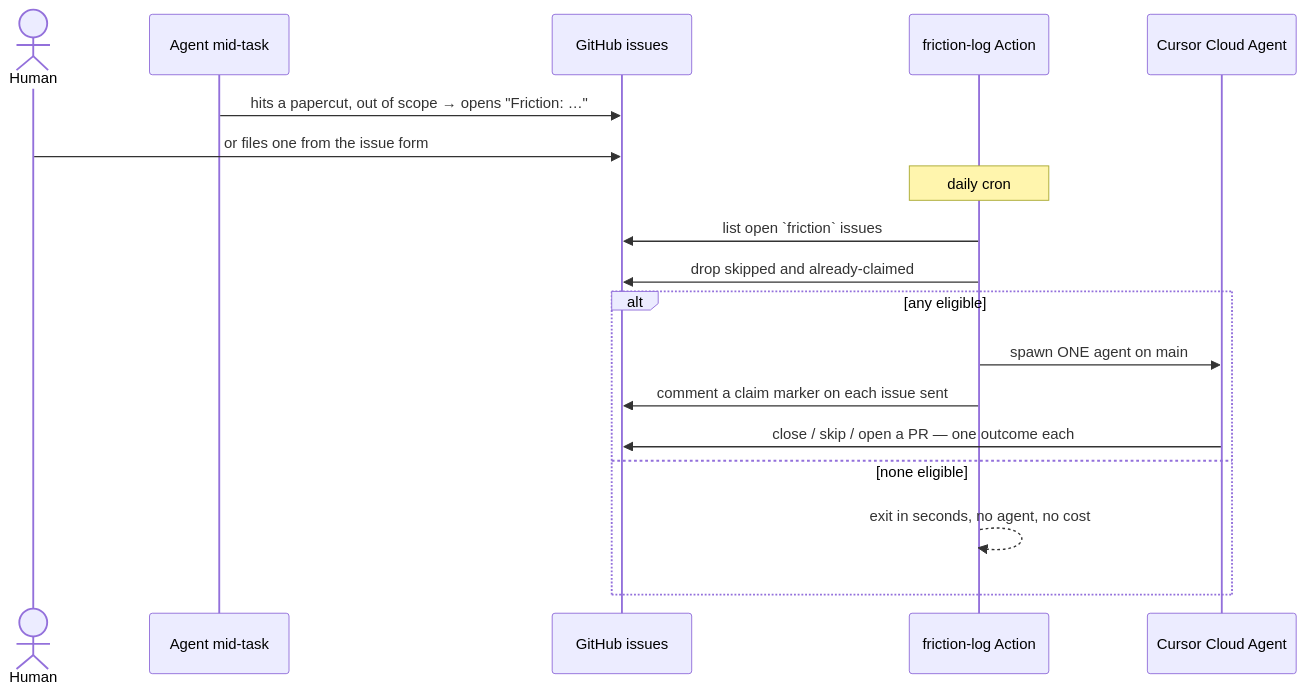
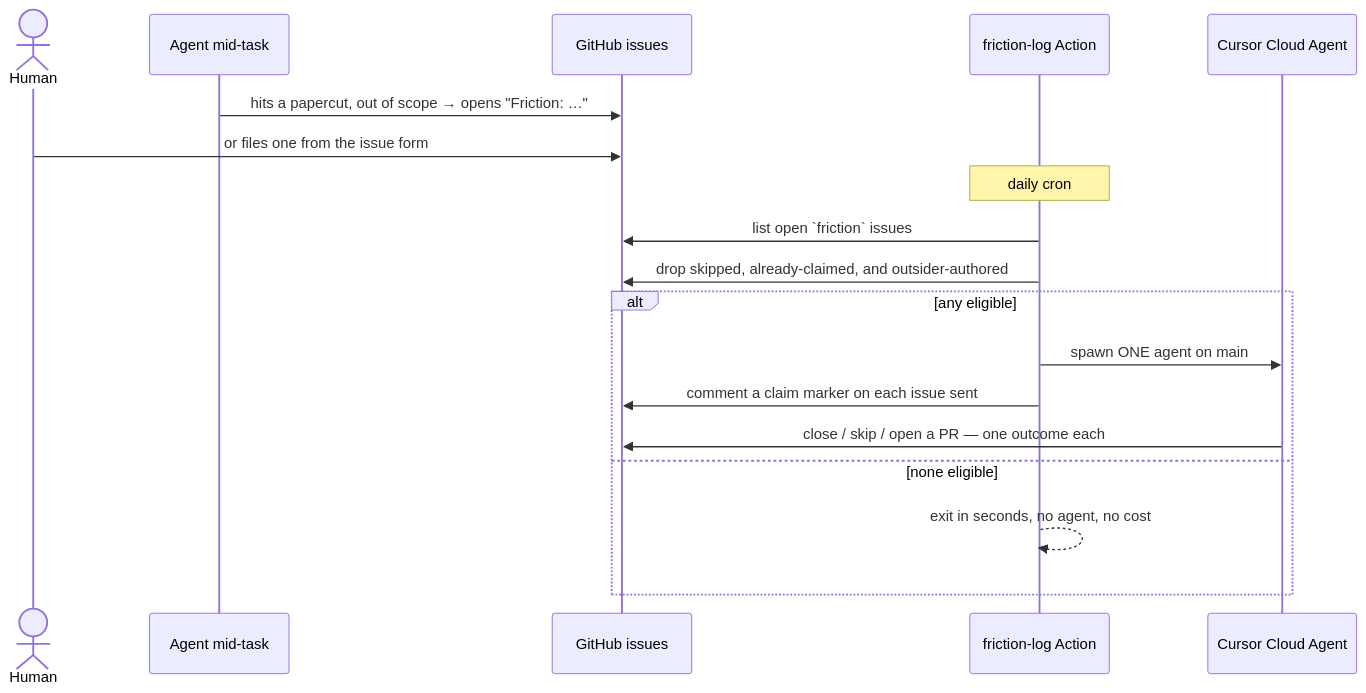
One commit to educlopez/friction-log changed the diagram in README.md. Above: the diagram before and after it, drawn with Mermaid. The commit also changed other lines of this file and 10 other files, not shown here.

````diff
--- a/README.md
+++ b/README.md
@@ -52,21 +52,21 @@
 ```mermaid
 sequenceDiagram
     actor Human
     participant Agent as Agent mid-task
     participant Issues as GitHub issues
     participant Sweep as friction-log Action
     participant Investigator as Cursor Cloud Agent
 
     Agent->>Issues: hits a papercut, out of scope → opens "Friction: …"
     Human->>Issues: or files one from the issue form
     Note over Sweep: daily cron
     Sweep->>Issues: list open `friction` issues
-    Sweep->>Issues: drop skipped and already-claimed
+    Sweep->>Issues: drop skipped, already-claimed, and outsider-authored
     alt any eligible
         Sweep->>Investigator: spawn ONE agent on main
         Sweep->>Issues: comment a claim marker on each issue sent
         Investigator->>Issues: close / skip / open a PR — one outcome each
     else none eligible
         Sweep-->>Sweep: exit in seconds, no agent, no cost
     end
 ```
````
